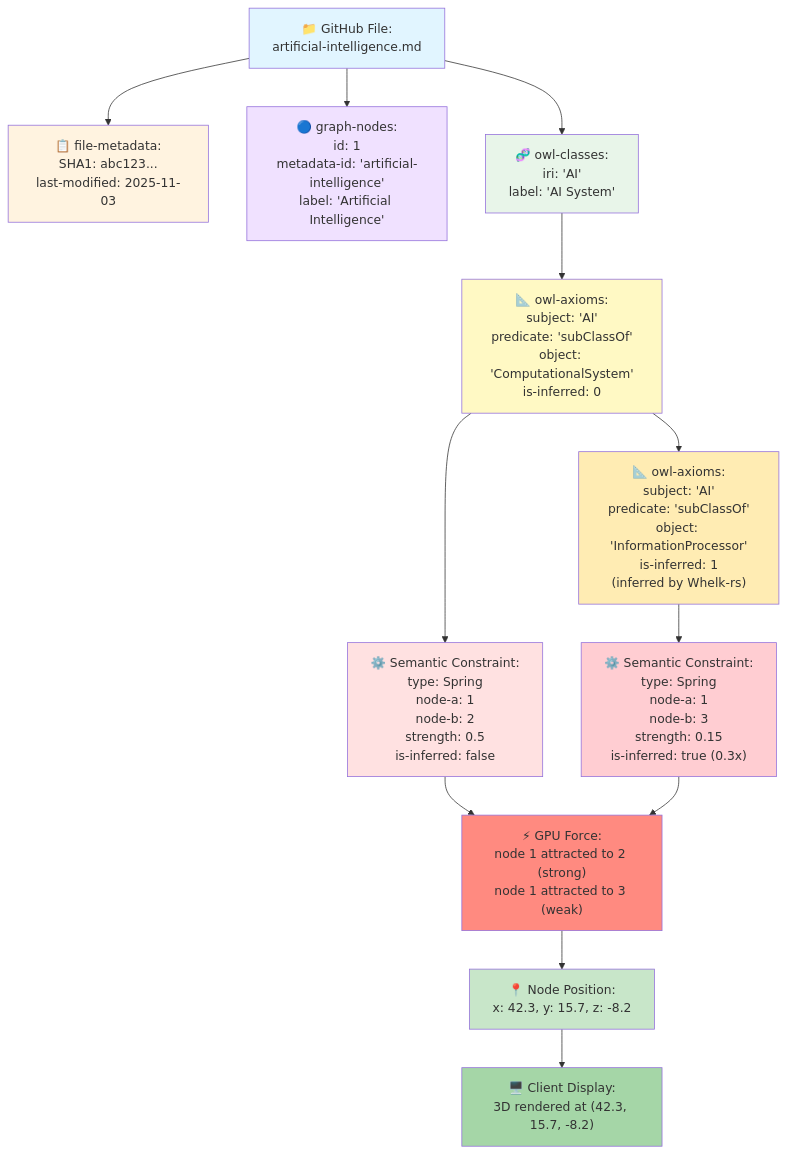
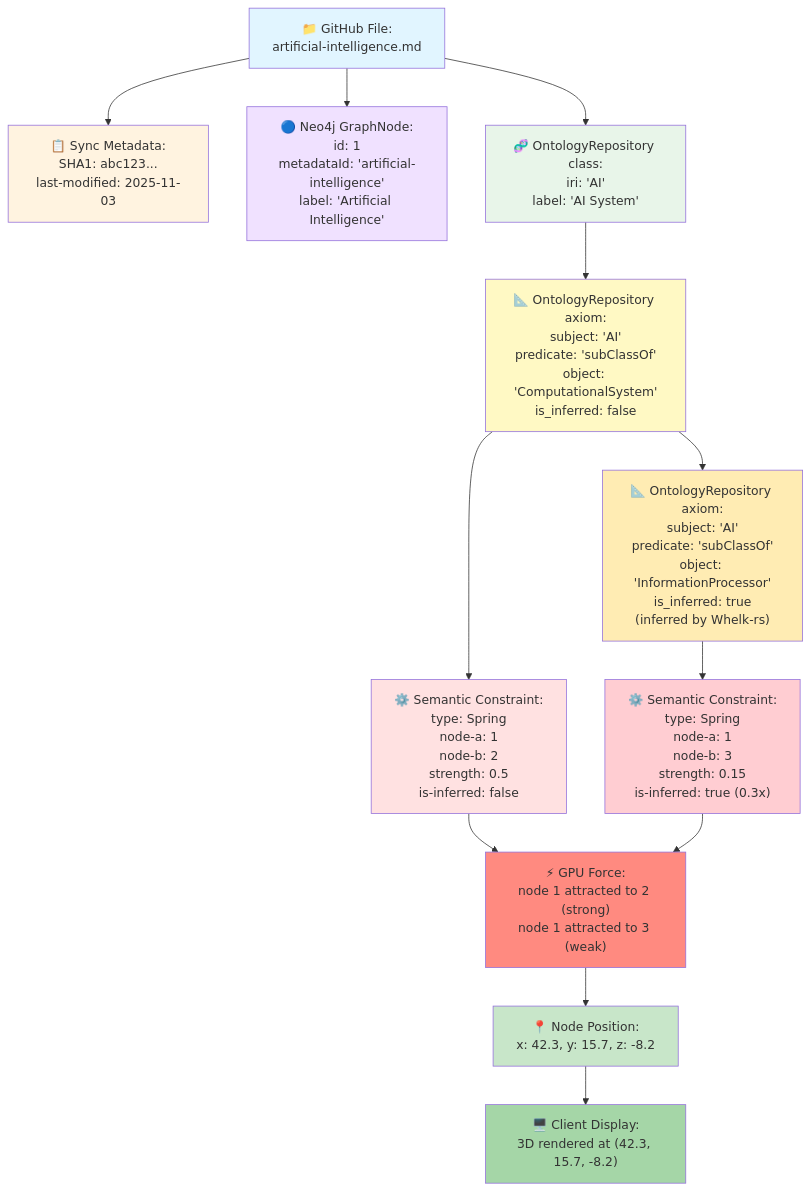
One commit to DreamLab-AI/VisionFlow changed the seventh of 7 diagrams in docs/explanation/architecture/data-flow.md. Above: the diagram before and after it, drawn with Mermaid. The commit also changed other lines of this file and 22 other files, not shown here.

````diff
--- a/docs/explanation/architecture/data-flow.md
+++ b/docs/explanation/architecture/data-flow.md
@@ -520,48 +537,48 @@
 ```mermaid
 graph TB
     GH["📁 GitHub File:<br>artificial-intelligence.md"]
 
-    META["📋 file-metadata:<br>SHA1: abc123...<br>last-modified: 2025-11-03"]
+    META["📋 Sync Metadata:<br>SHA1: abc123...<br>last-modified: 2025-11-03"]
 
-    NODE["🔵 graph-nodes:<br>id: 1<br>metadata-id: 'artificial-intelligence'<br>label: 'Artificial Intelligence'"]
+    NODE["🔵 Neo4j GraphNode:<br>id: 1<br>metadataId: 'artificial-intelligence'<br>label: 'Artificial Intelligence'"]
 
-    CLASS["🧬 owl-classes:<br>iri: 'AI'<br>label: 'AI System'"]
+    CLASS["🧬 OntologyRepository class:<br>iri: 'AI'<br>label: 'AI System'"]
 
-    AXIOM-A["📐 owl-axioms:<br>subject: 'AI'<br>predicate: 'subClassOf'<br>object: 'ComputationalSystem'<br>is-inferred: 0"]
+    AXIOM-A["📐 OntologyRepository axiom:<br>subject: 'AI'<br>predicate: 'subClassOf'<br>object: 'ComputationalSystem'<br>is_inferred: false"]
 
-    AXIOM-I["📐 owl-axioms:<br>subject: 'AI'<br>predicate: 'subClassOf'<br>object: 'InformationProcessor'<br>is-inferred: 1<br>(inferred by Whelk-rs)"]
+    AXIOM-I["📐 OntologyRepository axiom:<br>subject: 'AI'<br>predicate: 'subClassOf'<br>object: 'InformationProcessor'<br>is_inferred: true<br>(inferred by Whelk-rs)"]
 
     CONS1["⚙️ Semantic Constraint:<br>type: Spring<br>node-a: 1<br>node-b: 2<br>strength: 0.5<br>is-inferred: false"]
 
     CONS2["⚙️ Semantic Constraint:<br>type: Spring<br>node-a: 1<br>node-b: 3<br>strength: 0.15<br>is-inferred: true (0.3x)"]
 
     FORCE["⚡ GPU Force:<br>node 1 attracted to 2 (strong)<br>node 1 attracted to 3 (weak)"]
 
     POS["📍 Node Position:<br>x: 42.3, y: 15.7, z: -8.2"]
 
     CLIENT["🖥️ Client Display:<br>3D rendered at (42.3, 15.7, -8.2)"]
 
     GH --> META
     GH --> NODE
     GH --> CLASS
     CLASS --> AXIOM-A
     AXIOM-A --> AXIOM-I
     AXIOM-A --> CONS1
     AXIOM-I --> CONS2
     CONS1 --> FORCE
     CONS2 --> FORCE
     FORCE --> POS
     POS --> CLIENT
 
     style GH fill:#e1f5ff
     style META fill:#fff3e0
     style NODE fill:#f0e1ff
     style CLASS fill:#e8f5e9
     style AXIOM-A fill:#fff9c4
     style AXIOM-I fill:#ffecb3
     style CONS1 fill:#ffe1e1
     style CONS2 fill:#ffcdd2
     style FORCE fill:#ff8a80
     style POS fill:#c8e6c9
     style CLIENT fill:#a5d6a7
 ```
````
